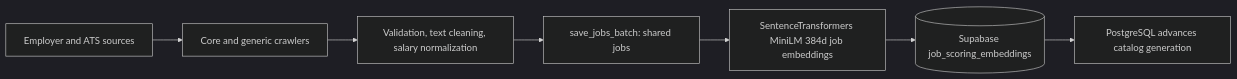
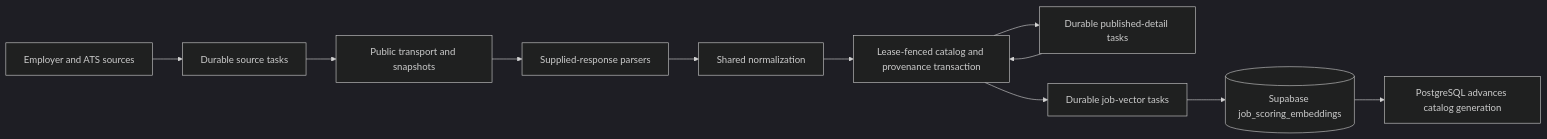
Before and after one commit to jae-labs/jobpulse: the diagram in docs/SCRAPER_ARCHITECTURE.md, drawn with Mermaid (dark theme). The commit also changed other lines of this file and 321 other files, not shown here.

````diff
--- a/docs/SCRAPER_ARCHITECTURE.md
+++ b/docs/SCRAPER_ARCHITECTURE.md
@@ -7,9 +40,13 @@
 ```mermaid
 flowchart LR
-    Sources[Employer and ATS sources] --> Crawlers[Core and generic crawlers]
-    Crawlers --> Clean[Validation, text cleaning, salary normalization]
-    Clean --> Jobs[save_jobs_batch: shared jobs]
-    Jobs --> Embeddings[SentenceTransformers MiniLM 384d job embeddings]
-    Embeddings --> DB[(Supabase job_scoring_embeddings)]
+    Sources[Employer and ATS sources] --> Tasks[Durable source tasks]
+    Tasks --> Transport[Public transport and snapshots]
+    Transport --> Parsers[Supplied-response parsers]
+    Parsers --> Clean[Shared normalization]
+    Clean --> Jobs[Lease-fenced catalog and provenance transaction]
+    Jobs --> Details[Durable published-detail tasks]
+    Jobs --> Vectors[Durable job-vector tasks]
+    Details --> Jobs
+    Vectors --> DB[(Supabase job_scoring_embeddings)]
     DB --> Trigger[PostgreSQL advances catalog generation]
 ```
````
